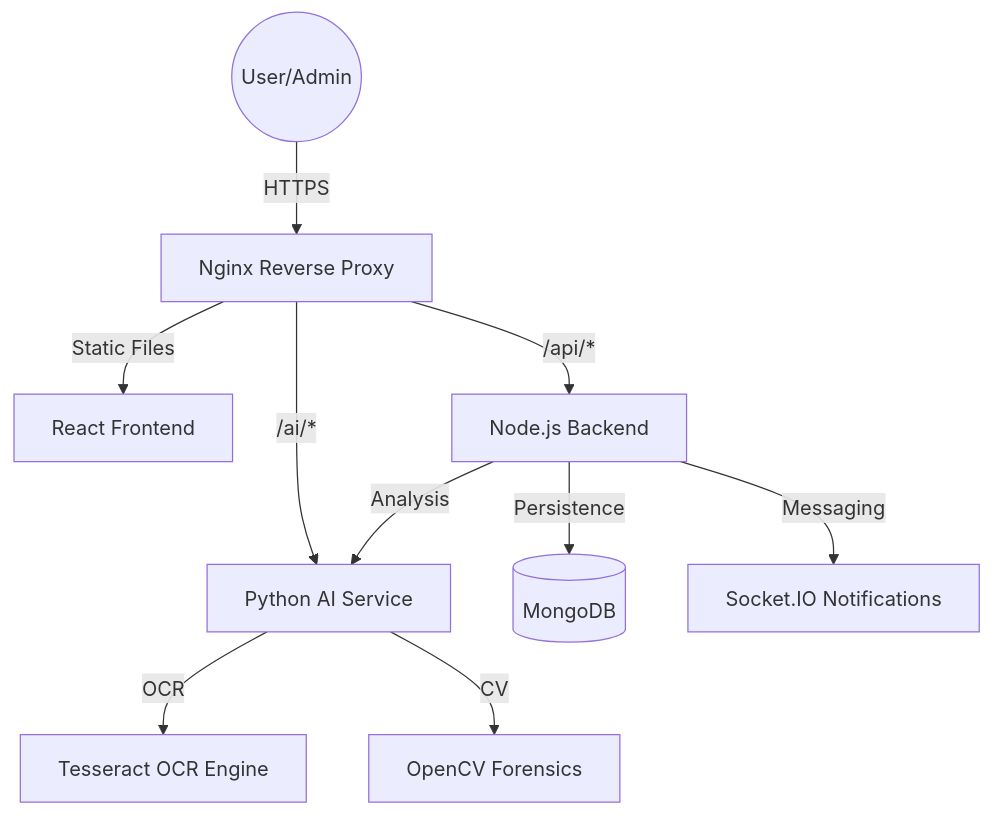
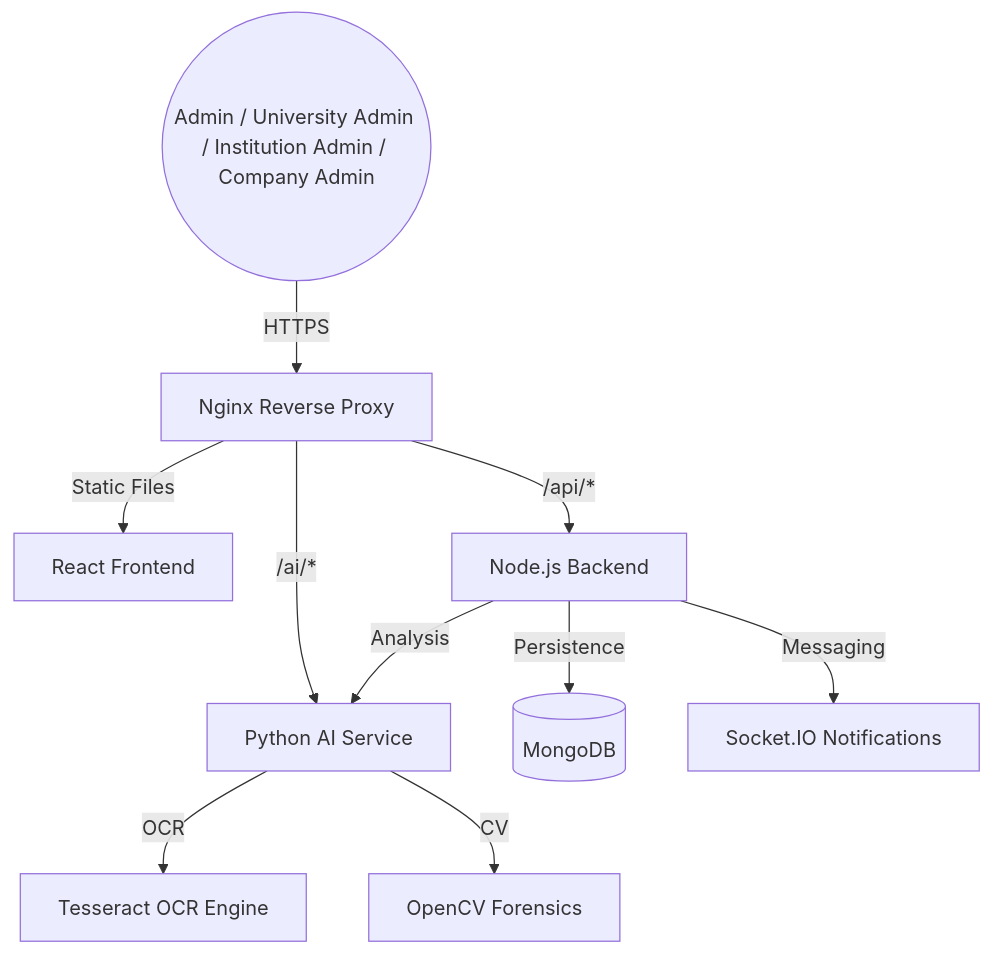
The diagram in architecture.md (ombalgude/validator2.o), drawn with Mermaid before and after one commit. The commit also changed other lines of this file and 4 other files, not shown here.

````diff
--- a/architecture.md
+++ b/architecture.md
@@ -6,14 +6,14 @@
 ```mermaid
 graph TD
-    User((User/Admin)) -->|HTTPS| Nginx[Nginx Reverse Proxy]
+    Actor((Admin / University Admin / Institution Admin / Company Admin)) -->|HTTPS| Nginx[Nginx Reverse Proxy]
     Nginx -->|Static Files| Frontend[React Frontend]
     Nginx -->|/api/*| Backend[Node.js Backend]
     Nginx -->|/ai/*| AIService[Python AI Service]
     
     Backend -->|Persistence| MongoDB[(MongoDB)]
     Backend -->|Messaging| SocketIO[Socket.IO Notifications]
     Backend -->|Analysis| AIService
     
     AIService -->|OCR| Tesseract[Tesseract OCR Engine]
     AIService -->|CV| OpenCV[OpenCV Forensics]
 ```
````
